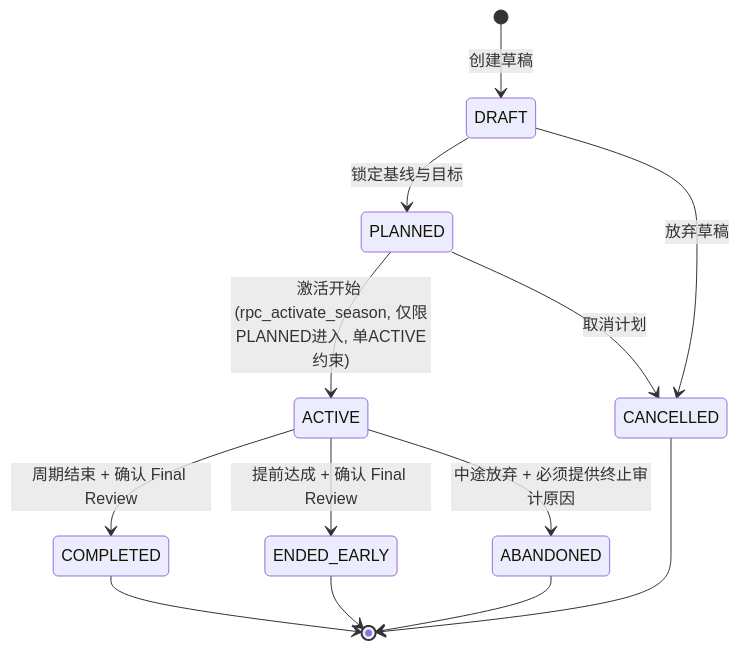
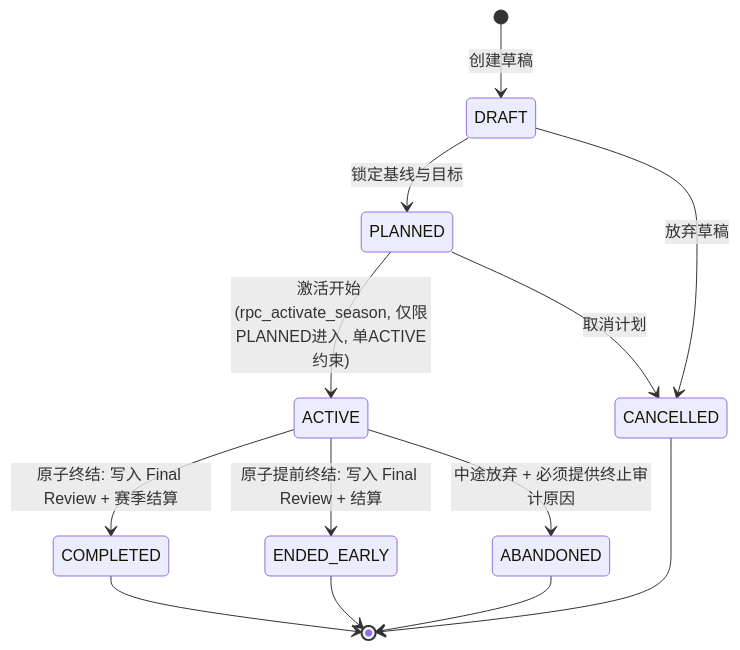
One commit to Daylily-Huang/AI-Personal-Growth-RPG changed the second of 4 diagrams in docs/Phase8/01_OUTER_LOOP_DOMAIN_MODEL.md. Above: the diagram before and after it, drawn with Mermaid. The commit also changed other lines of this file and 9 other files, not shown here.

````diff
--- a/docs/Phase8/01_OUTER_LOOP_DOMAIN_MODEL.md
+++ b/docs/Phase8/01_OUTER_LOOP_DOMAIN_MODEL.md
@@ -203,15 +206,15 @@
 ```mermaid
 stateDiagram-v2
     [*] --> DRAFT : 创建草稿
     DRAFT --> PLANNED : 锁定基线与目标
     DRAFT --> CANCELLED : 放弃草稿
     PLANNED --> ACTIVE : 激活开始 (rpc_activate_season, 仅限PLANNED进入, 单ACTIVE约束)
     PLANNED --> CANCELLED : 取消计划
-    ACTIVE --> COMPLETED : 周期结束 + 确认 Final Review
-    ACTIVE --> ENDED_EARLY : 提前达成 + 确认 Final Review
+    ACTIVE --> COMPLETED : 原子终结: 写入 Final Review + 赛季结算
+    ACTIVE --> ENDED_EARLY : 原子提前终结: 写入 Final Review + 结算
     ACTIVE --> ABANDONED : 中途放弃 + 必须提供终止审计原因
     COMPLETED --> [*]
     ENDED_EARLY --> [*]
     ABANDONED --> [*]
     CANCELLED --> [*]
 ```
````
